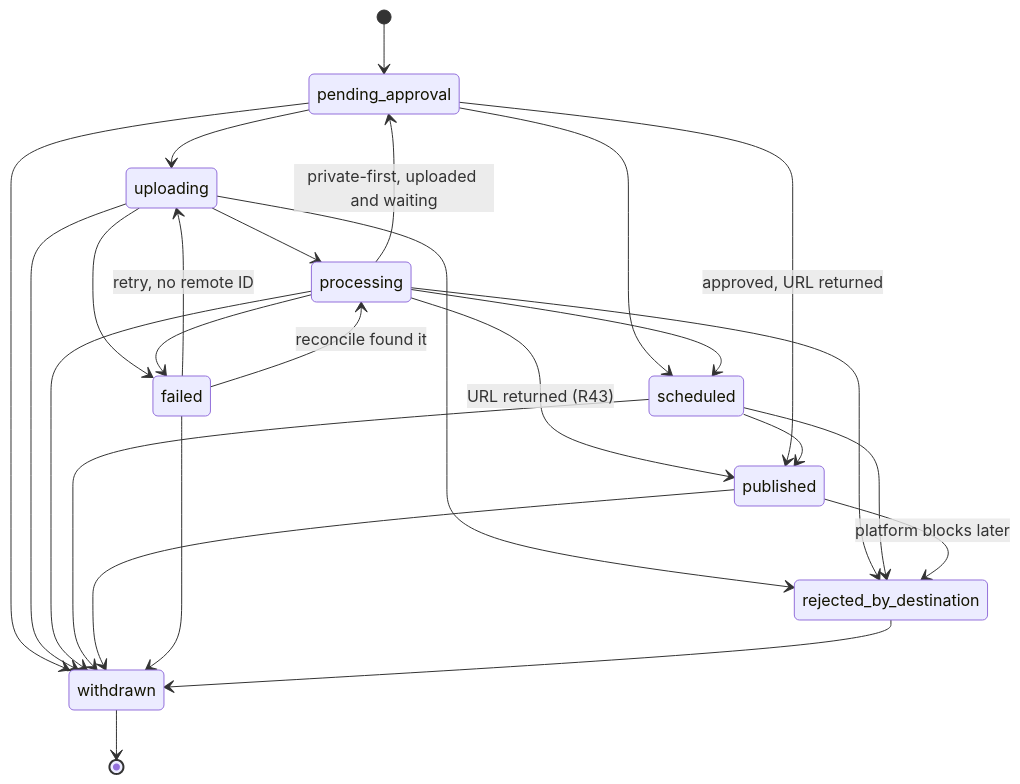
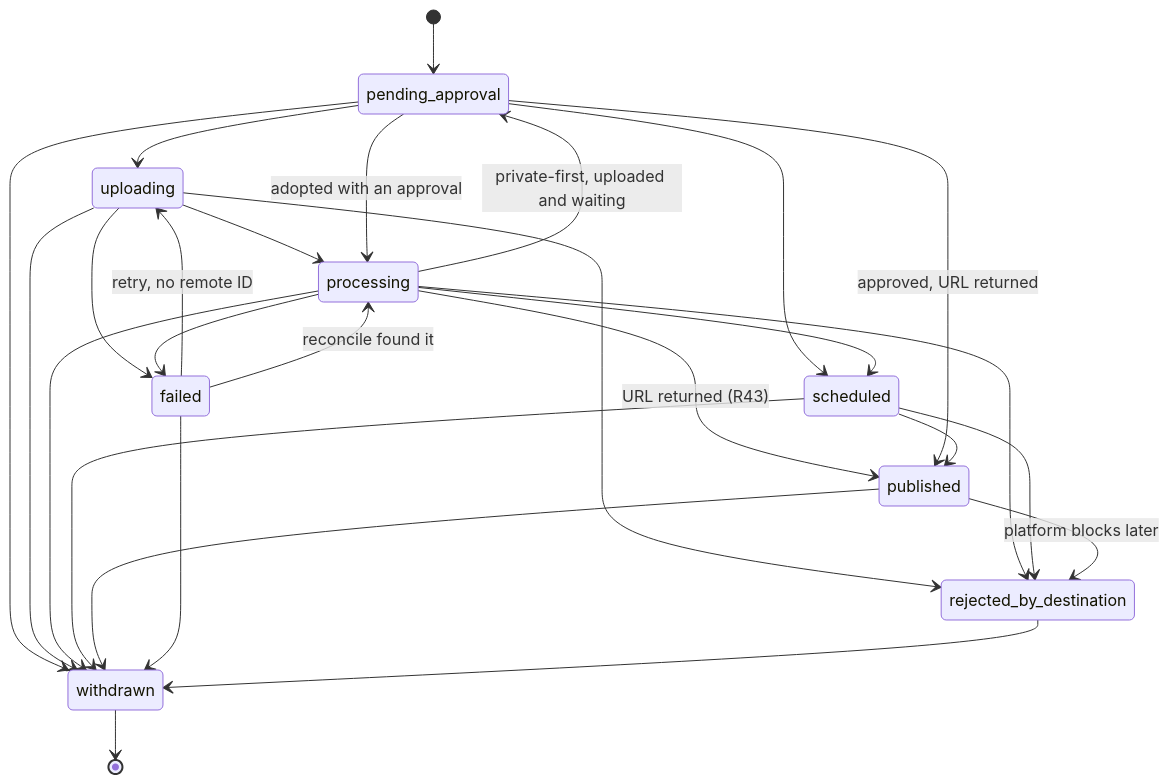
One commit to rafaelp/vidyom changed the diagram in docs/plans/publishing.md. Above: the diagram before and after it, drawn with Mermaid. The commit also changed other lines of this file and 19 other files, not shown here.

````diff
--- a/docs/plans/publishing.md
+++ b/docs/plans/publishing.md
@@ -55,28 +55,29 @@
 ```mermaid
 stateDiagram-v2
   [*] --> pending_approval
   pending_approval --> uploading
   uploading --> processing
   uploading --> failed
   uploading --> rejected_by_destination
   failed --> uploading: retry, no remote ID
   failed --> processing: reconcile found it
   processing --> published: URL returned (R43)
   processing --> pending_approval: private-first, uploaded and waiting
+  pending_approval --> processing: adopted with an approval
   pending_approval --> published: approved, URL returned
   pending_approval --> scheduled
   processing --> scheduled
   processing --> rejected_by_destination
   processing --> failed
   scheduled --> published
   scheduled --> rejected_by_destination
   published --> rejected_by_destination: platform blocks later
   pending_approval --> withdrawn
   uploading --> withdrawn
   processing --> withdrawn
   scheduled --> withdrawn
   published --> withdrawn
   failed --> withdrawn
   rejected_by_destination --> withdrawn
   withdrawn --> [*]
 ```
````
